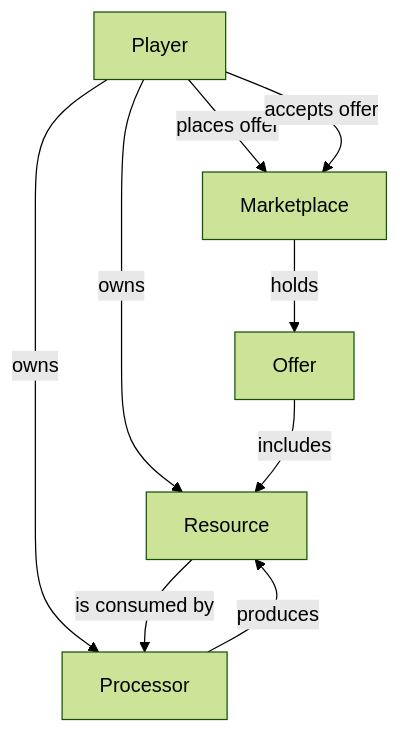
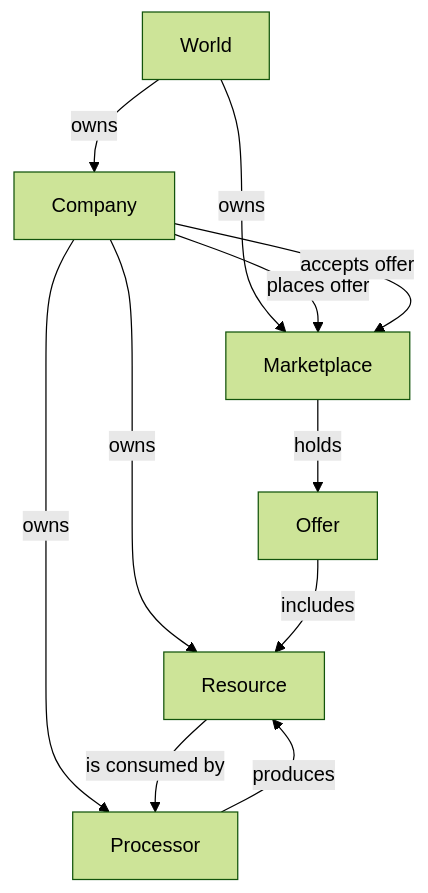
One commit to hoenas/EconoSim changed the diagram in README.md. Above: the diagram before and after it, drawn with Mermaid (forest theme). The commit also changed 11 other files, not shown here.

```diff
--- a/README.md
+++ b/README.md
@@ -6,11 +6,13 @@
 ~~~mermaid
 graph TD;
+    World -- owns --> Company
+    World -- owns --> Marketplace
     Marketplace-- holds -->Offer
-    Player -- places offer -->Marketplace
-    Player -- accepts offer -->Marketplace
-    Player -- owns -->Processor
-    Player -- owns --> Resource
+    Company -- places offer -->Marketplace
+    Company -- accepts offer -->Marketplace
+    Company -- owns -->Processor
+    Company -- owns --> Resource
     Processor -- produces --> Resource
     Resource -- is consumed by --> Processor
     Offer -- includes --> Resource
 ~~~
```
